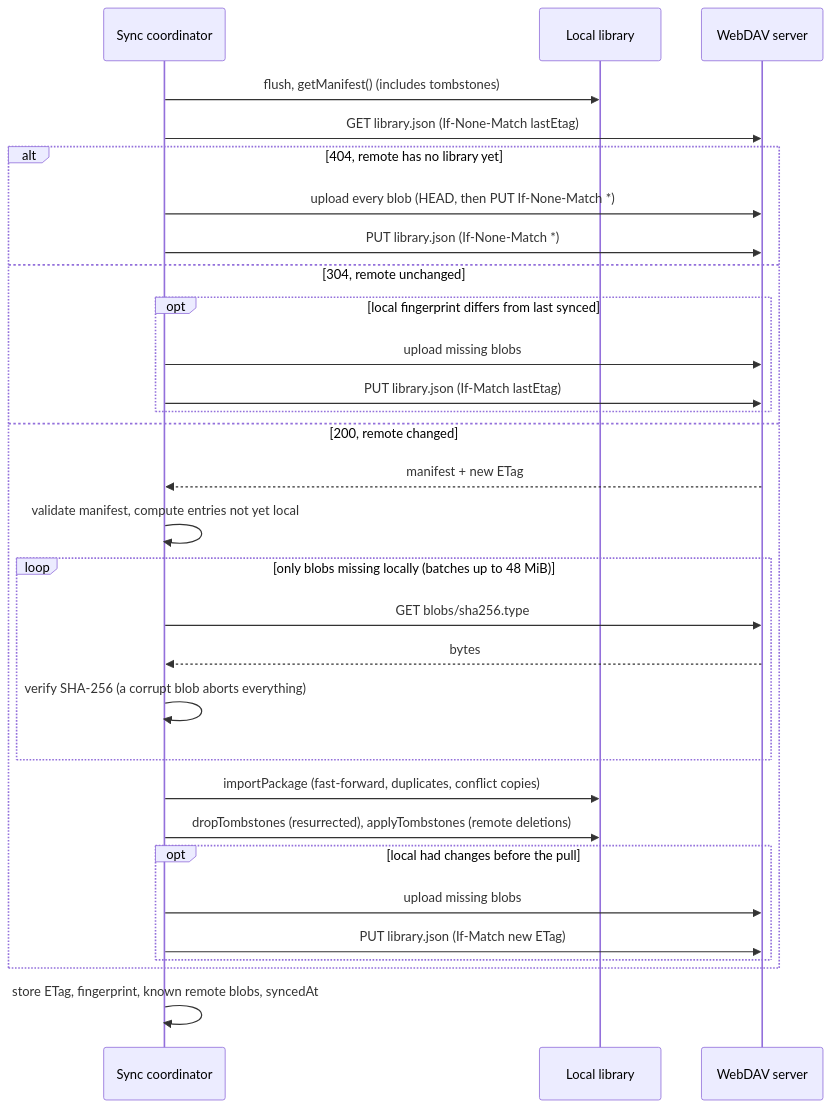
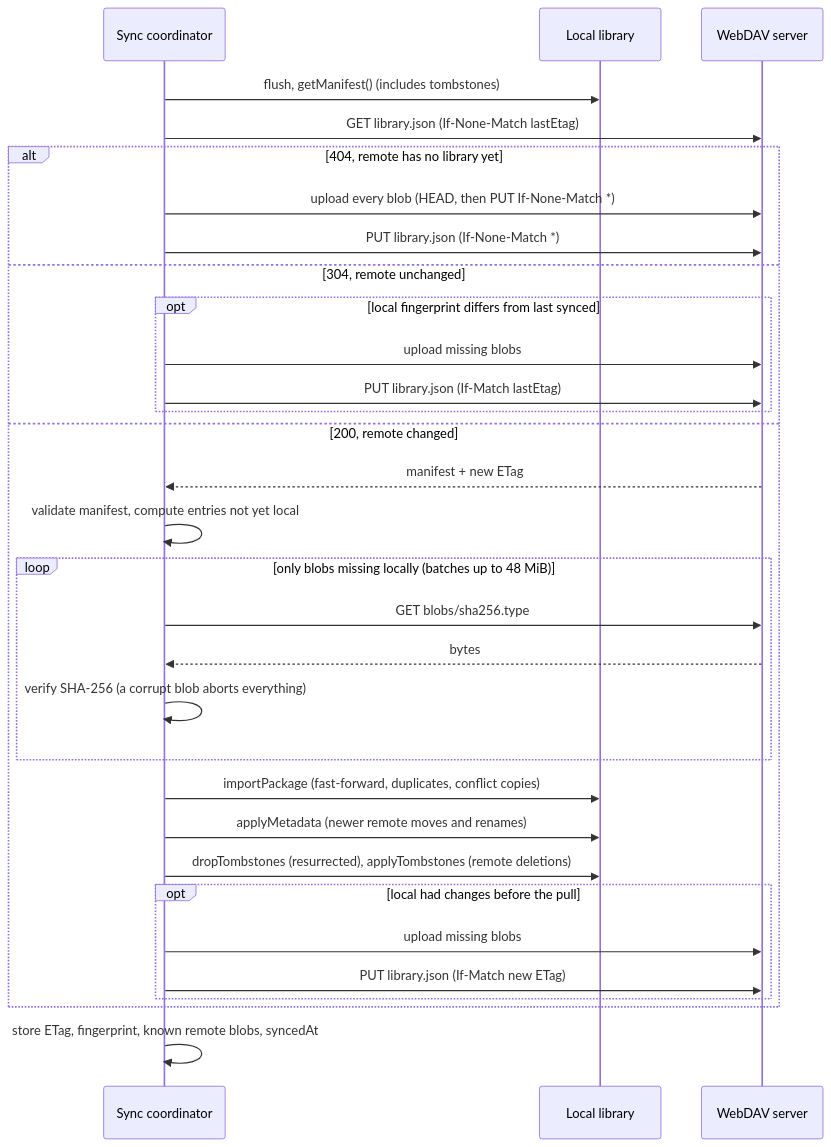
The second of 7 diagrams in implementation/OnlineDrive.md (Leorivasc/A8E), drawn with Mermaid before and after one commit. The commit also changed other lines of this file and 1 other file, not shown here.

Commit message:
Document remote sync: README section, module map, diagram update

````diff
--- a/implementation/OnlineDrive.md
+++ b/implementation/OnlineDrive.md
@@ -91,33 +102,34 @@
 ```mermaid
 sequenceDiagram
     participant S as Sync coordinator
     participant L as Local library
     participant R as WebDAV server
 
     S->>L: flush, getManifest() (includes tombstones)
     S->>R: GET library.json (If-None-Match lastEtag)
     alt 404, remote has no library yet
         S->>R: upload every blob (HEAD, then PUT If-None-Match *)
         S->>R: PUT library.json (If-None-Match *)
     else 304, remote unchanged
         opt local fingerprint differs from last synced
             S->>R: upload missing blobs
             S->>R: PUT library.json (If-Match lastEtag)
         end
     else 200, remote changed
         R-->>S: manifest + new ETag
         S->>S: validate manifest, compute entries not yet local
         loop only blobs missing locally (batches up to 48 MiB)
             S->>R: GET blobs/sha256.type
             R-->>S: bytes
             S->>S: verify SHA-256 (a corrupt blob aborts everything)
         end
         S->>L: importPackage (fast-forward, duplicates, conflict copies)
+        S->>L: applyMetadata (newer remote moves and renames)
         S->>L: dropTombstones (resurrected), applyTombstones (remote deletions)
         opt local had changes before the pull
             S->>R: upload missing blobs
             S->>R: PUT library.json (If-Match new ETag)
         end
     end
     S->>S: store ETag, fingerprint, known remote blobs, syncedAt
 ```
````
